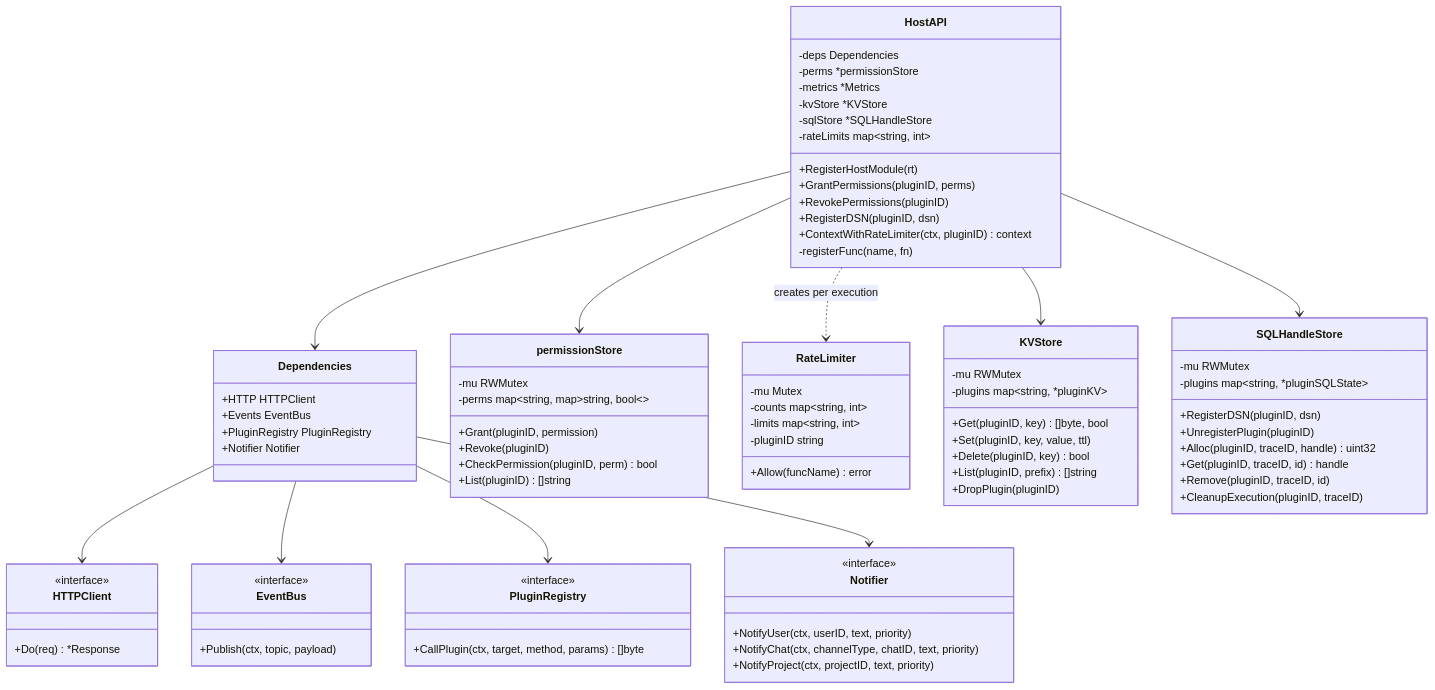
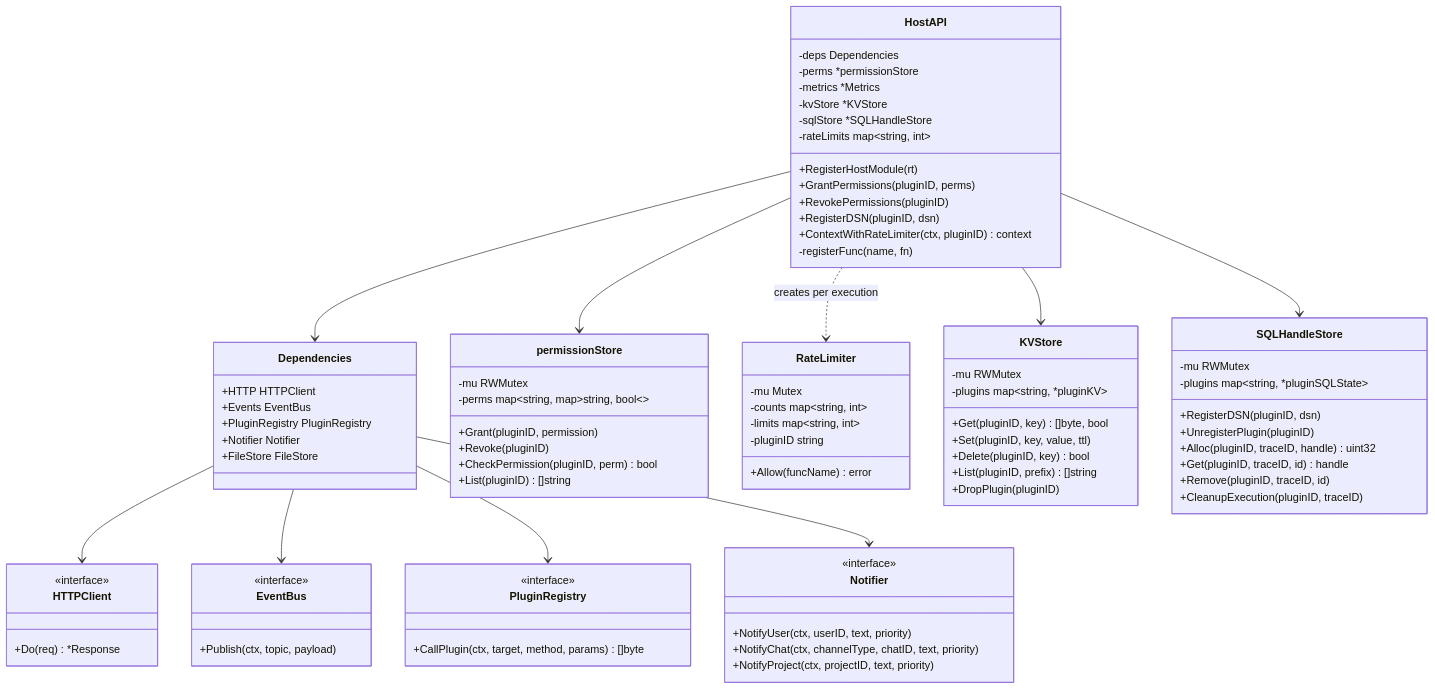
Before and after one commit to StaZisS/SuperBotGo: the first of 5 diagrams in web/docs/architecture/hostapi.md, drawn with Mermaid. The commit also changed other lines of this file and 39 other files, not shown here.

```diff
--- a/web/docs/architecture/hostapi.md
+++ b/web/docs/architecture/hostapi.md
@@ -30,6 +30,7 @@
         +Events EventBus
         +PluginRegistry PluginRegistry
         +Notifier Notifier
+        +FileStore FileStore
     }
 
     class HTTPClient {
```
